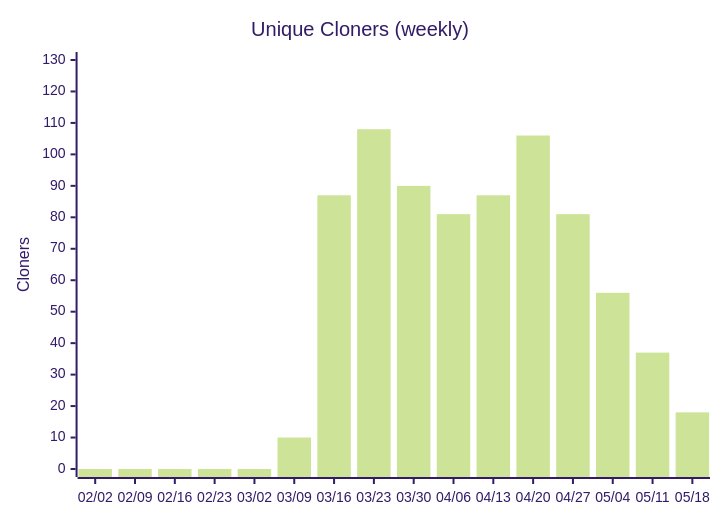
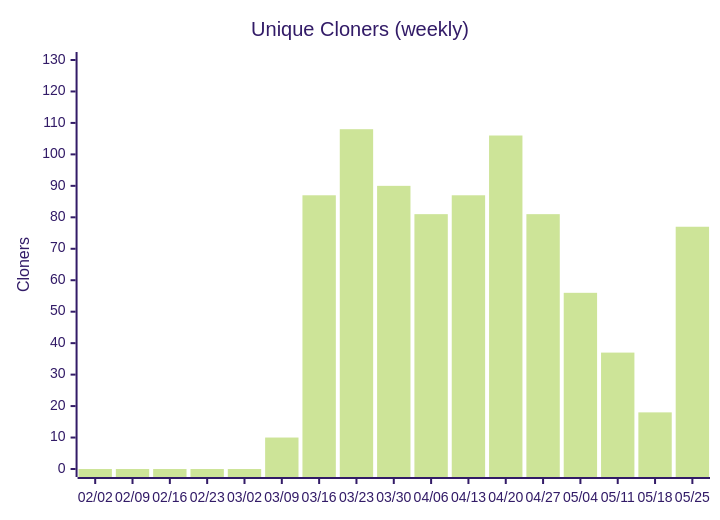
Diagram 14 of 14 in docs/metrics.md (nablarch/nabledge-dev), drawn with Mermaid (forest theme) before and after one commit. The commit also changed other lines of this file and 2 other files, not shown here.

````diff
--- a/docs/metrics.md
+++ b/docs/metrics.md
@@ -177,7 +177,7 @@
 ```mermaid
 xychart-beta
   title "Unique Cloners (weekly)"
-  x-axis ["02/02", "02/09", "02/16", "02/23", "03/02", "03/09", "03/16", "03/23", "03/30", "04/06", "04/13", "04/20", "04/27", "05/04", "05/11", "05/18"]
+  x-axis ["02/02", "02/09", "02/16", "02/23", "03/02", "03/09", "03/16", "03/23", "03/30", "04/06", "04/13", "04/20", "04/27", "05/04", "05/11", "05/18", "05/25"]
   y-axis "Cloners" 0 --> 130
-  bar [0, 0, 0, 0, 0, 10, 87, 108, 90, 81, 87, 106, 81, 56, 37, 18]
+  bar [0, 0, 0, 0, 0, 10, 87, 108, 90, 81, 87, 106, 81, 56, 37, 18, 77]
 ```
````
